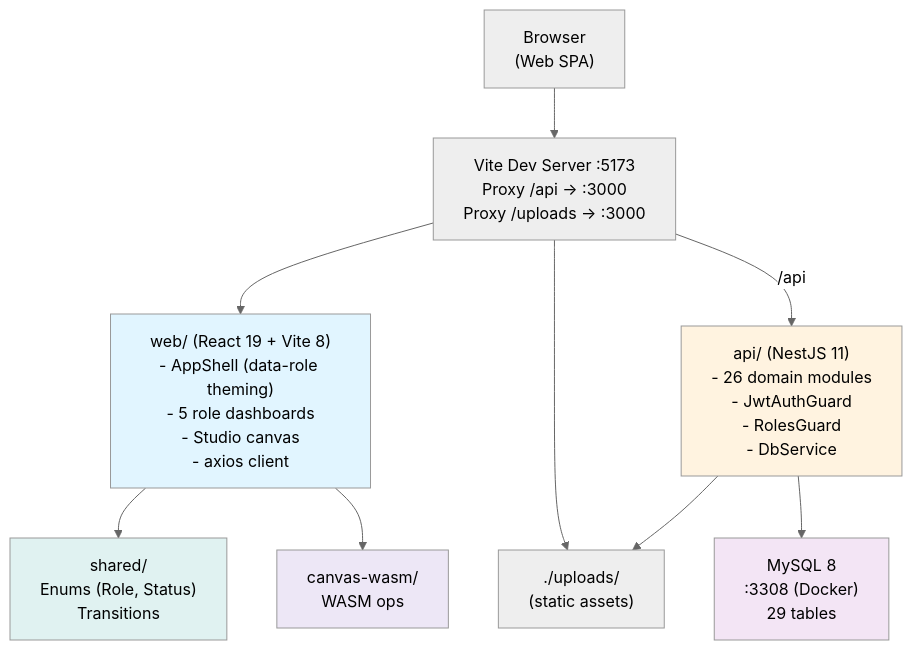
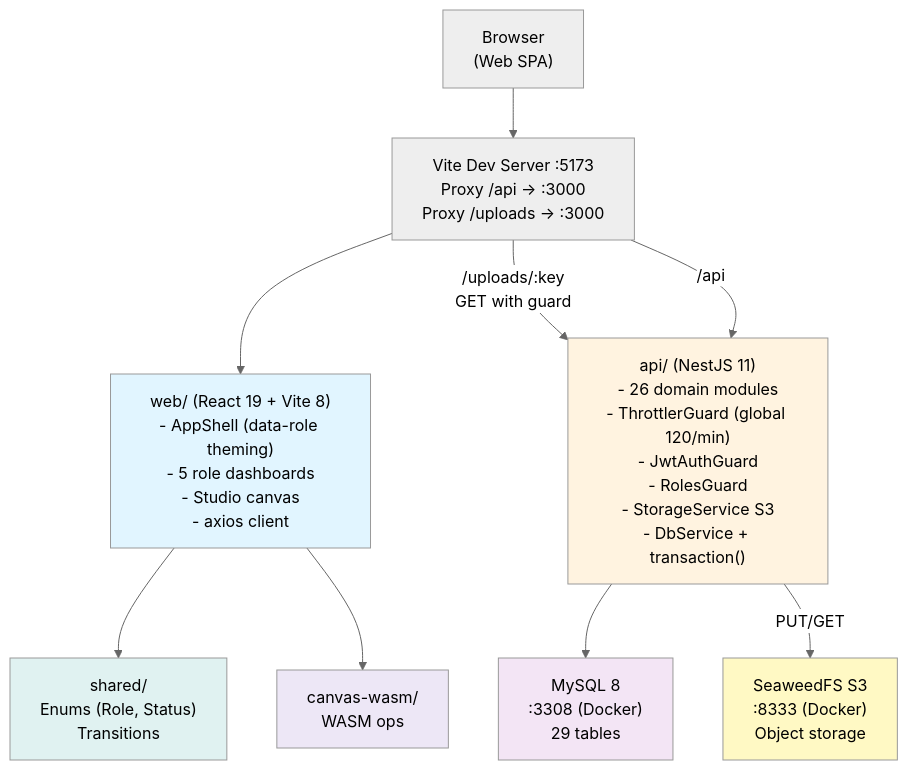
One commit to zun3007/Manga-Creation-Workflow-and-Publishing-Management-System changed the second of 5 diagrams in documents/02-architecture/01-system-architecture.md. Above: the diagram before and after it, drawn with Mermaid (neutral theme). The commit also changed other lines of this file and 20 other files, not shown here.

First line of the commit message:
docs: sync all documentation to current code + fix 11 diagram render bugs

````diff
--- a/documents/02-architecture/01-system-architecture.md
+++ b/documents/02-architecture/01-system-architecture.md
@@ -157,29 +162,30 @@
 ```mermaid
 graph TB
     Browser["Browser<br/>(Web SPA)"]
     Web["web/ (React 19 + Vite 8)<br/>- AppShell (data-role theming)<br/>- 5 role dashboards<br/>- Studio canvas<br/>- axios client"]
     Shared["shared/<br/>Enums (Role, Status)<br/>Transitions"]
     WasmCanvas["canvas-wasm/<br/>WASM ops"]
     
     Proxy["Vite Dev Server :5173<br/>Proxy /api → :3000<br/>Proxy /uploads → :3000"]
     
-    API["api/ (NestJS 11)<br/>- 26 domain modules<br/>- JwtAuthGuard<br/>- RolesGuard<br/>- DbService"]
+    API["api/ (NestJS 11)<br/>- 26 domain modules<br/>- ThrottlerGuard (global 120/min)<br/>- JwtAuthGuard<br/>- RolesGuard<br/>- StorageService S3<br/>- DbService + transaction()"]
     DB["MySQL 8<br/>:3308 (Docker)<br/>29 tables"]
-    Uploads["./uploads/<br/>(static assets)"]
+    S3["SeaweedFS S3<br/>:8333 (Docker)<br/>Object storage"]
     
     Browser --> Proxy
     Proxy --> Web
-    Proxy --> Uploads
+    Proxy -->|/uploads/:key<br/>GET with guard| API
     Web --> Shared
     Web --> WasmCanvas
     
     Proxy -->|/api| API
     API --> DB
-    API --> Uploads
+    API -->|PUT/GET| S3
     
     style Web fill:#e1f5ff
     style API fill:#fff3e0
     style DB fill:#f3e5f5
+    style S3 fill:#fff9c4
     style Shared fill:#e0f2f1
     style WasmCanvas fill:#ede7f6
 ```
````
